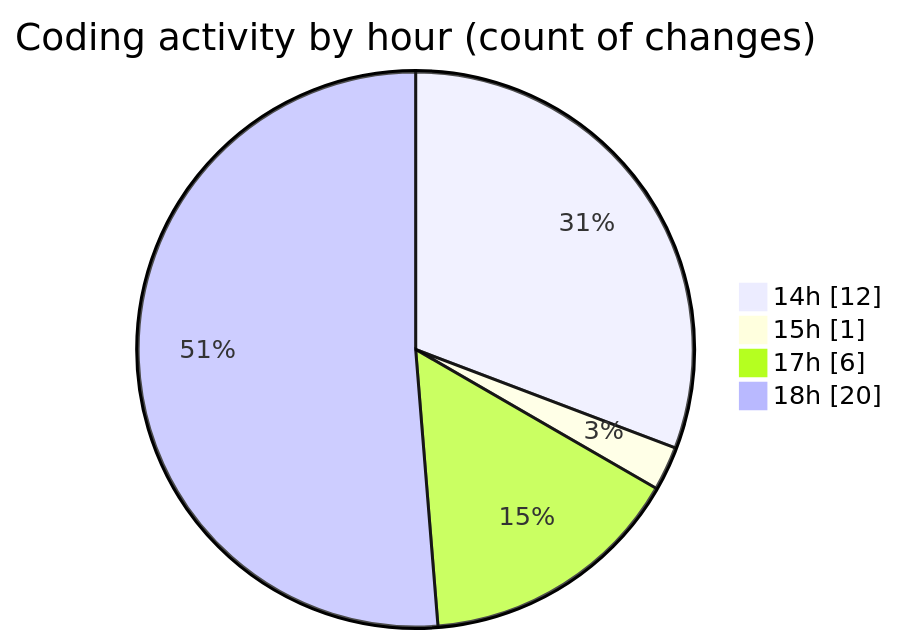
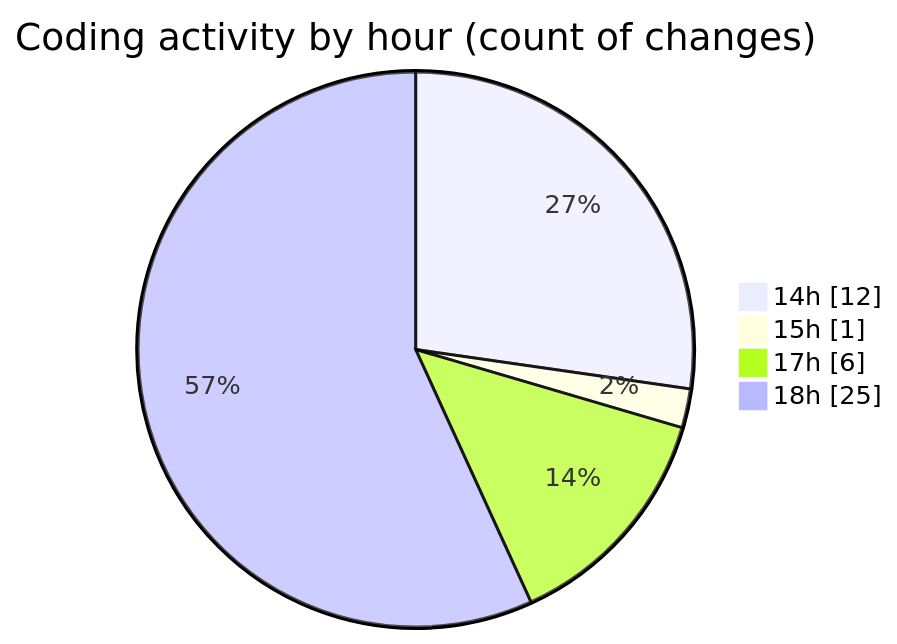
Before and after one commit to momahboobian/code-tracking: the second of 2 diagrams in 2025-12-16/cda/README.md, drawn with Mermaid. The commit also changed other lines of this file and 1 other file, not shown here.

````diff
--- a/2025-12-16/cda/README.md
+++ b/2025-12-16/cda/README.md
@@ -35,8 +35,8 @@
 ```mermaid
 pie showData
 title Coding activity by hour (count of changes)
 "14h" : 12
 "15h" : 1
 "17h" : 6
-"18h" : 20
+"18h" : 25
 ```
````
